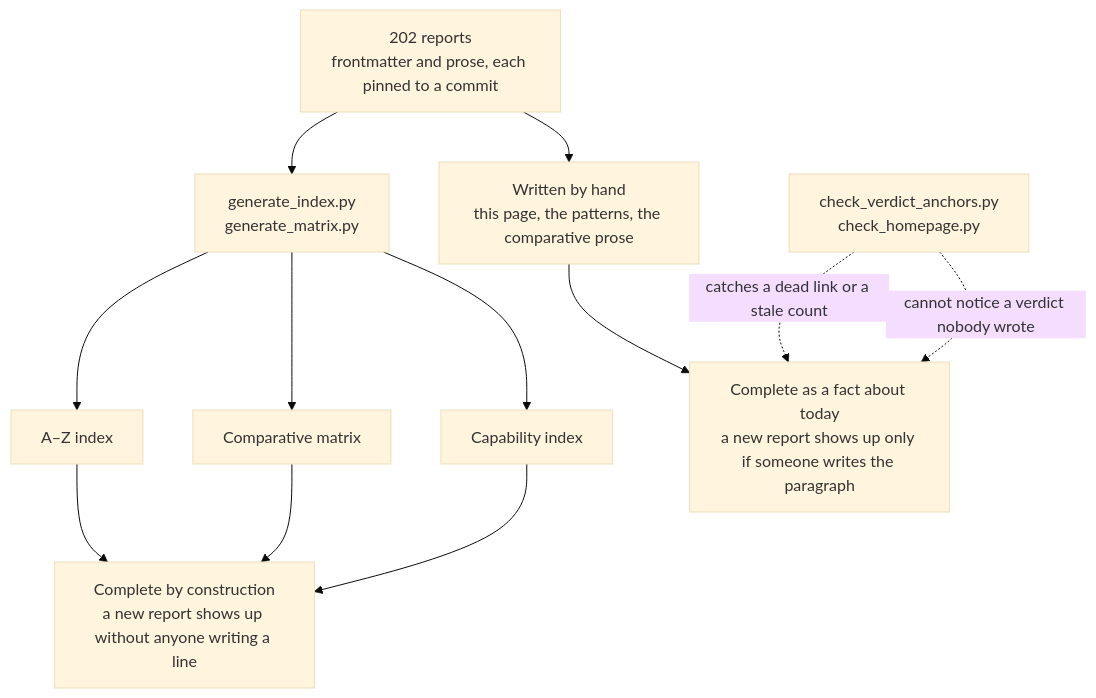
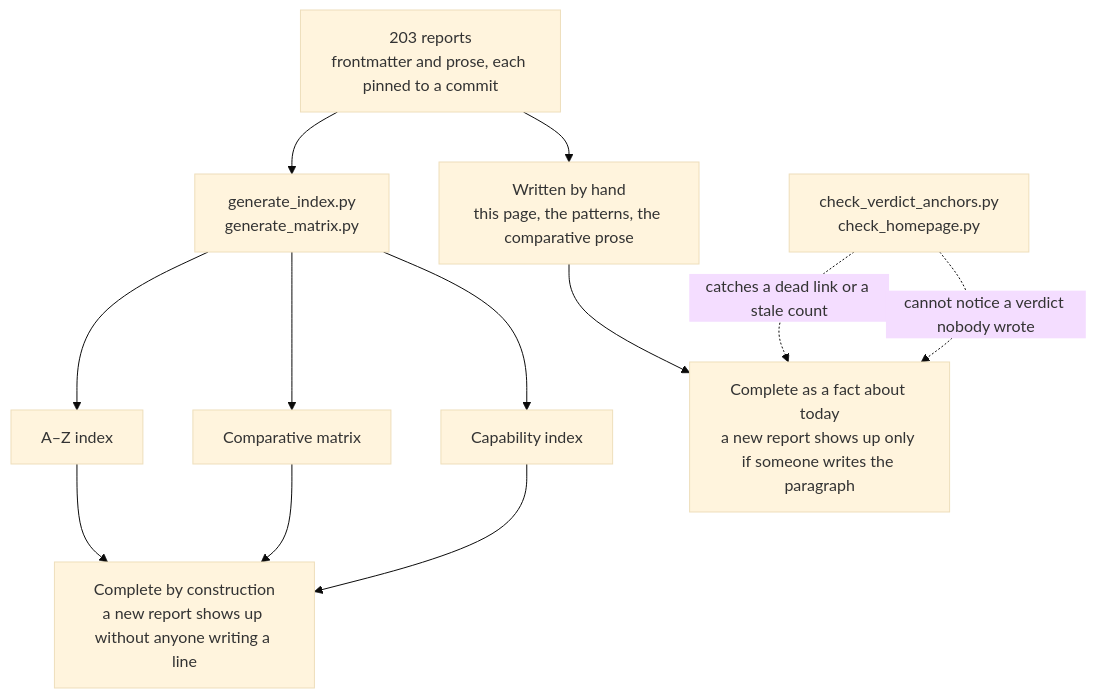
Before and after one commit to neoneye/agent-memory-atlas: the diagram in content/verdicts.md, drawn with Mermaid (base theme). The commit also changed other lines of this file and 21 other files, not shown here.

````diff
--- a/content/verdicts.md
+++ b/content/verdicts.md
@@ -40,15 +40,15 @@
 ```mermaid
 flowchart TD
-    R["202 reports<br/>frontmatter and prose, each pinned to a commit"]
+    R["203 reports<br/>frontmatter and prose, each pinned to a commit"]
     R --> GEN["generate_index.py<br/>generate_matrix.py"]
     R --> HAND["Written by hand<br/>this page, the patterns, the comparative prose"]
     GEN --> AZ["A–Z index"]
     GEN --> MX["Comparative matrix"]
     GEN --> CI["Capability index"]
     AZ --> CONST["Complete by construction<br/>a new report shows up without anyone writing a line"]
     MX --> CONST
     CI --> CONST
     HAND --> TODAY["Complete as a fact about today<br/>a new report shows up only if someone writes the paragraph"]
     CHK["check_verdict_anchors.py<br/>check_homepage.py"] -.->|"catches a dead link or a stale count"| TODAY
     CHK -.->|"cannot notice a verdict nobody wrote"| TODAY
 ```
````
